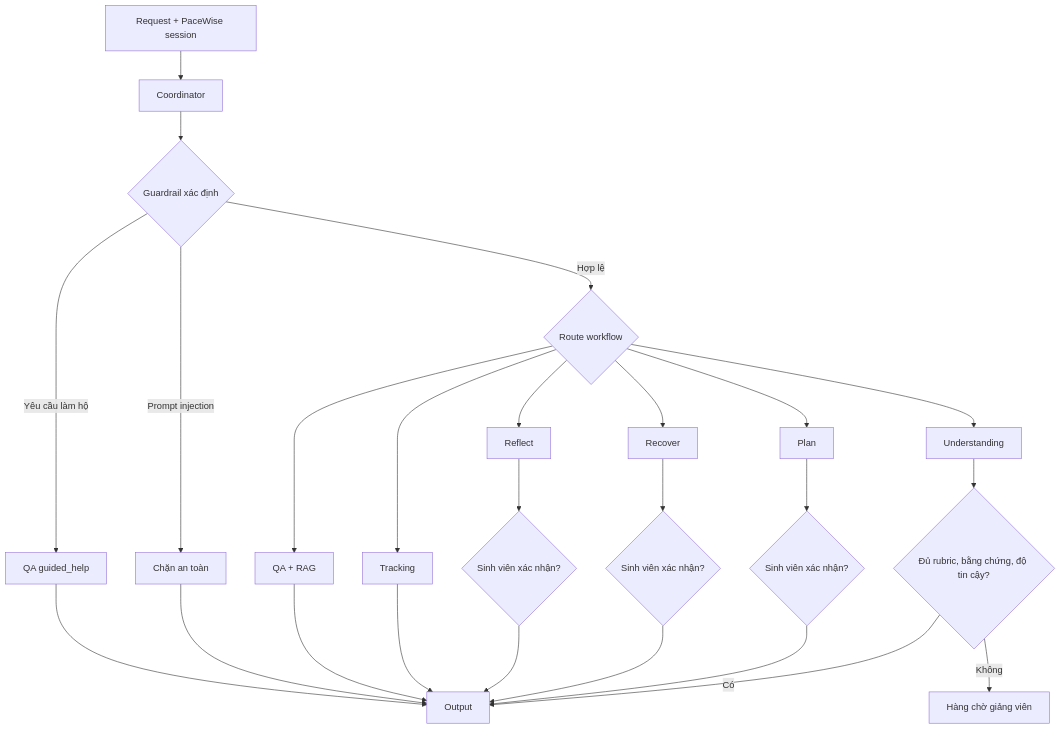
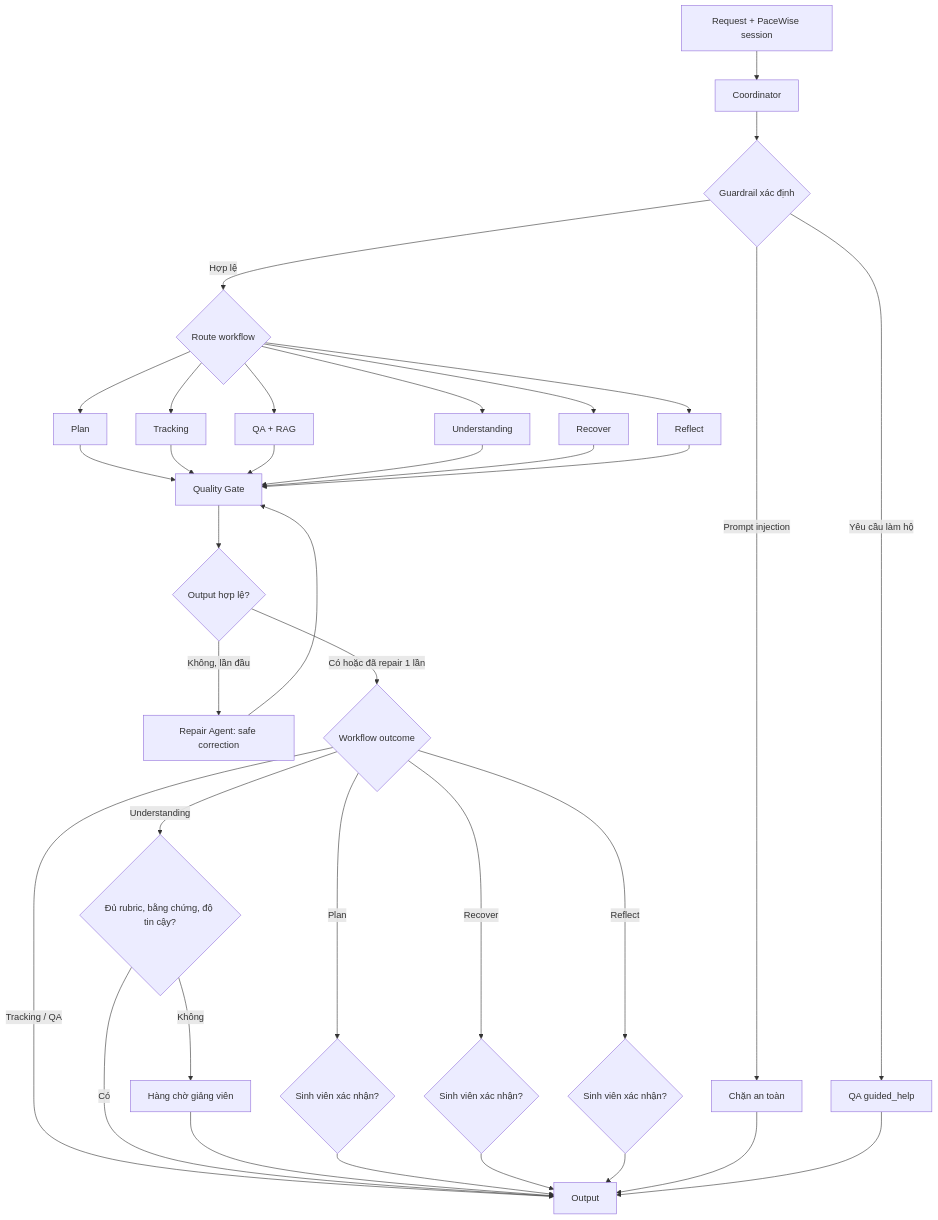
One commit to kchi24/K4_AI20K_2A202602797_ThanThiKimChi_Project changed the diagram in docs/05-ai-workflows-and-evaluation.md. Above: the diagram before and after it, drawn with Mermaid. The commit also changed other lines of this file and 69 other files, not shown here.

````diff
--- a/docs/05-ai-workflows-and-evaluation.md
+++ b/docs/05-ai-workflows-and-evaluation.md
@@ -8,27 +8,37 @@
 ```mermaid
 flowchart TD
     A[Request + PaceWise session] --> B[Coordinator]
     B --> C{Guardrail xác định}
     C -->|Prompt injection| X[Chặn an toàn]
     C -->|Yêu cầu làm hộ| Q[QA guided_help]
     C -->|Hợp lệ| R{Route workflow}
     R --> P[Plan]
     R --> T[Tracking]
     R --> Q2[QA + RAG]
     R --> U[Understanding]
     R --> V[Recover]
     R --> F[Reflect]
-    P --> H1{Sinh viên xác nhận?}
-    V --> H2{Sinh viên xác nhận?}
-    F --> H3{Sinh viên xác nhận?}
-    U --> H4{Đủ rubric, bằng chứng, độ tin cậy?}
+    P --> G[Quality Gate]
+    T --> G
+    Q2 --> G
+    U --> G
+    V --> G
+    F --> G
+    G --> C2{Output hợp lệ?}
+    C2 -->|Không, lần đầu| RP[Repair Agent: safe correction]
+    RP --> G
+    C2 -->|Có hoặc đã repair 1 lần| D{Workflow outcome}
+    D -->|Plan| H1{Sinh viên xác nhận?}
+    D -->|Recover| H2{Sinh viên xác nhận?}
+    D -->|Reflect| H3{Sinh viên xác nhận?}
+    D -->|Understanding| H4{Đủ rubric, bằng chứng, độ tin cậy?}
+    D -->|Tracking / QA| O[Output]
     H4 -->|Không| I[Hàng chờ giảng viên]
-    H4 -->|Có| O[Output]
+    H4 -->|Có| O
+    I --> O
     H1 --> O
     H2 --> O
     H3 --> O
-    T --> O
-    Q2 --> O
     X --> O
     Q --> O
 ```
````
